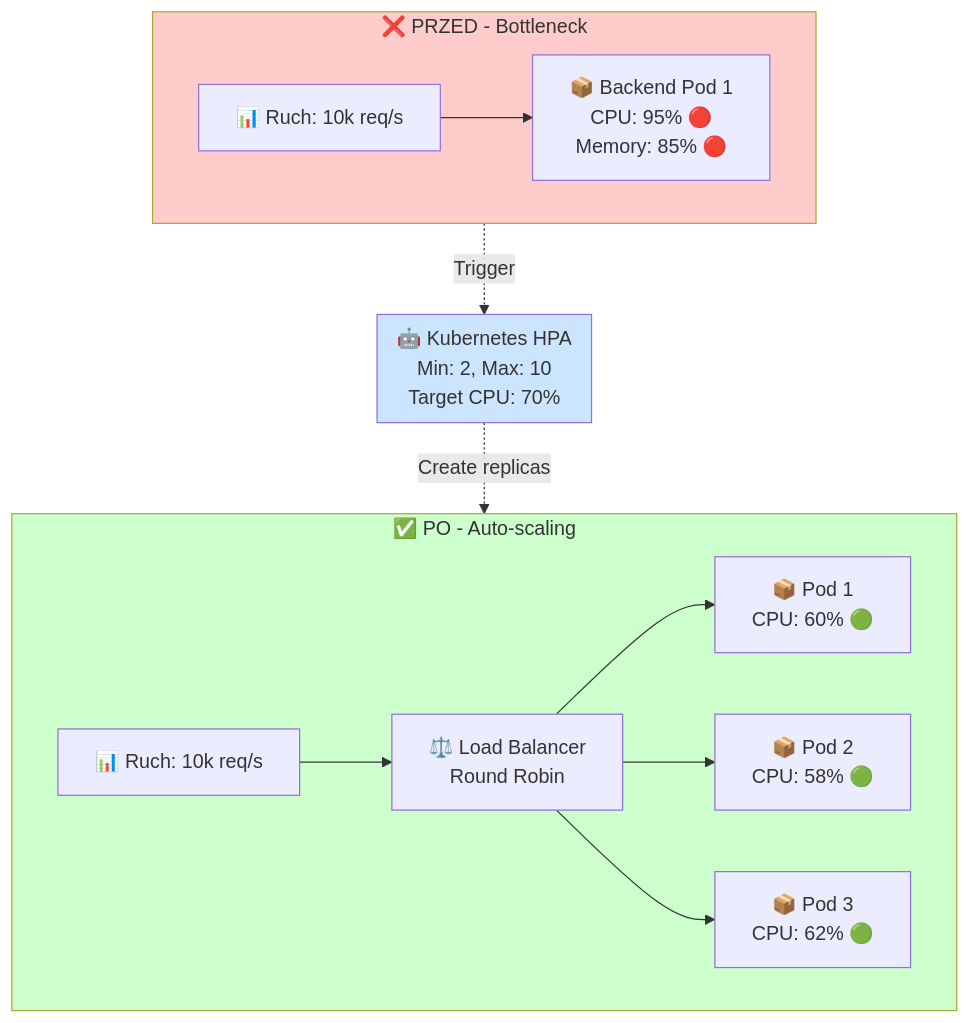
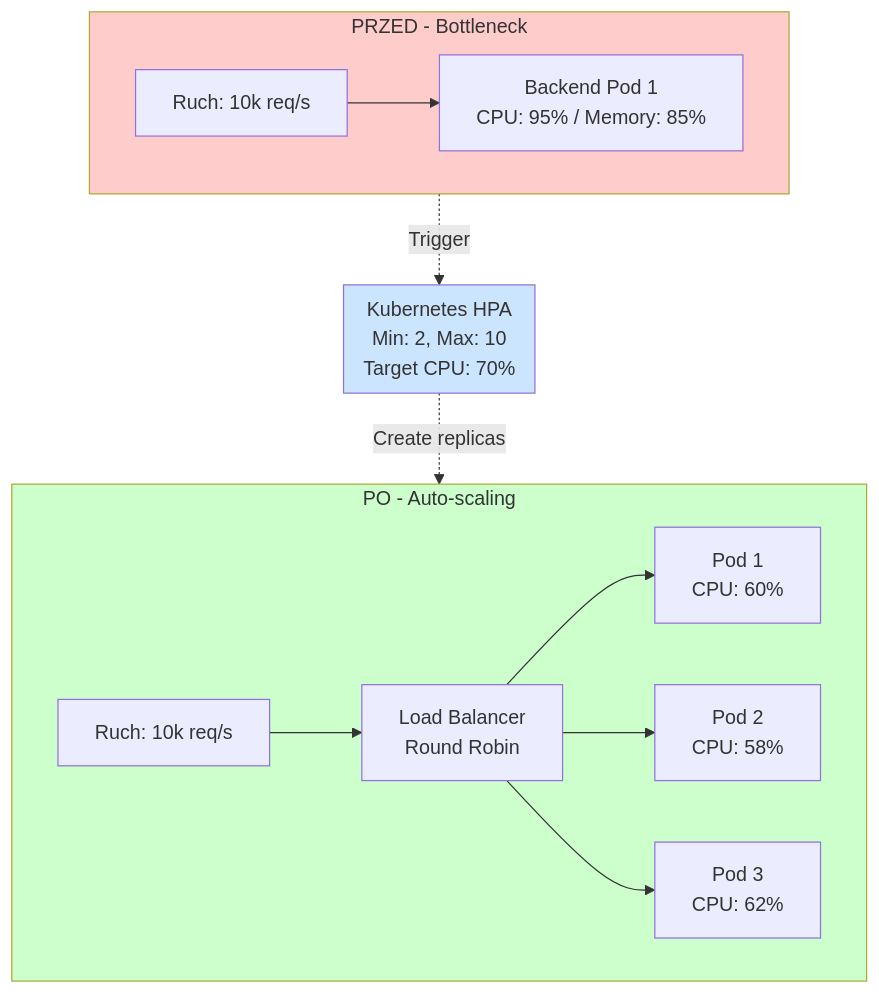
Before and after one commit to Jolanta27/Jolanta27: the seventh of 10 diagrams in projekt-magazyn/diagramy_mermaid.md, drawn with Mermaid. The commit also changed other lines of this file, not shown here.

Commit message:
Remove all icons/emojis from Mermaid diagrams

````diff
--- a/projekt-magazyn/diagramy_mermaid.md
+++ b/projekt-magazyn/diagramy_mermaid.md
@@ -288,30 +288,30 @@
 ```mermaid
 graph TB
-    subgraph Before["❌ PRZED - Bottleneck"]
-        LOAD1["📊 Ruch: 10k req/s"]
-        POD1["📦 Backend Pod 1<br/>CPU: 95% 🔴<br/>Memory: 85% 🔴"]
+    subgraph Before["PRZED - Bottleneck"]
+        LOAD1["Ruch: 10k req/s"]
+        POD1["Backend Pod 1<br/>CPU: 95% / Memory: 85%"]
         LOAD1 --> POD1
     end
 
-    subgraph After["✅ PO - Auto-scaling"]
-        LOAD2["📊 Ruch: 10k req/s"]
-        LB["⚖️ Load Balancer<br/>Round Robin"]
-        POD2["📦 Pod 1<br/>CPU: 60% 🟢"]
-        POD3["📦 Pod 2<br/>CPU: 58% 🟢"]
-        POD4["📦 Pod 3<br/>CPU: 62% 🟢"]
+    subgraph After["PO - Auto-scaling"]
+        LOAD2["Ruch: 10k req/s"]
+        LB["Load Balancer<br/>Round Robin"]
+        POD2["Pod 1<br/>CPU: 60%"]
+        POD3["Pod 2<br/>CPU: 58%"]
+        POD4["Pod 3<br/>CPU: 62%"]
         LOAD2 --> LB
         LB --> POD2
         LB --> POD3
         LB --> POD4
     end
 
-    subgraph HPA["🤖 Kubernetes HPA<br/>Min: 2, Max: 10<br/>Target CPU: 70%"]
+    subgraph HPA["Kubernetes HPA<br/>Min: 2, Max: 10<br/>Target CPU: 70%"]
     end
 
     Before -.->|Trigger| HPA
     HPA -.->|Create replicas| After
 
     style Before fill:#ffcccc
     style After fill:#ccffcc
     style HPA fill:#cce5ff
 ```
````
